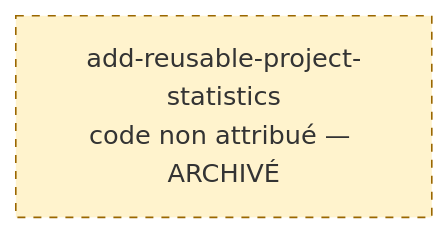
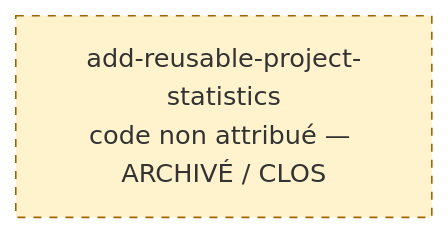
Before and after one commit to AzenorPixs/cab-codex-plugins: the first of 48 diagrams in DEVELOPMENT_MAP.md, drawn with Mermaid. The commit also changed other lines of this file and 97 other files, not shown here.

````diff
--- a/DEVELOPMENT_MAP.md
+++ b/DEVELOPMENT_MAP.md
@@ -14,6 +20,6 @@
 ```mermaid
 flowchart LR
-    reusableStatistics["add-reusable-project-statistics<br/>code non attribué — ARCHIVÉ"]
+    reusableStatistics["add-reusable-project-statistics<br/>code non attribué — ARCHIVÉ / CLOS"]
     classDef provisional fill:#fff3cd,stroke:#9a6700,stroke-dasharray:5 5
     class reusableStatistics provisional
 ```
````
